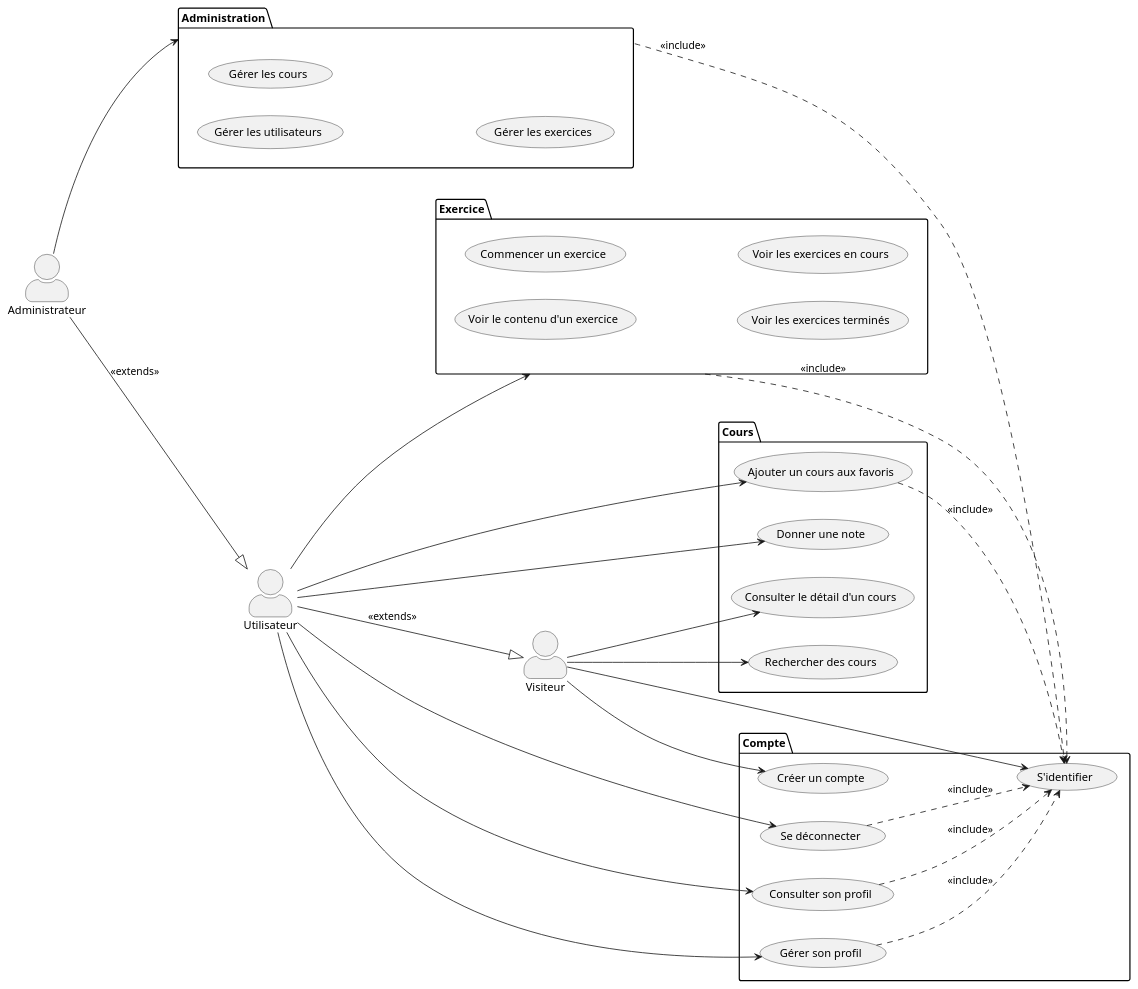
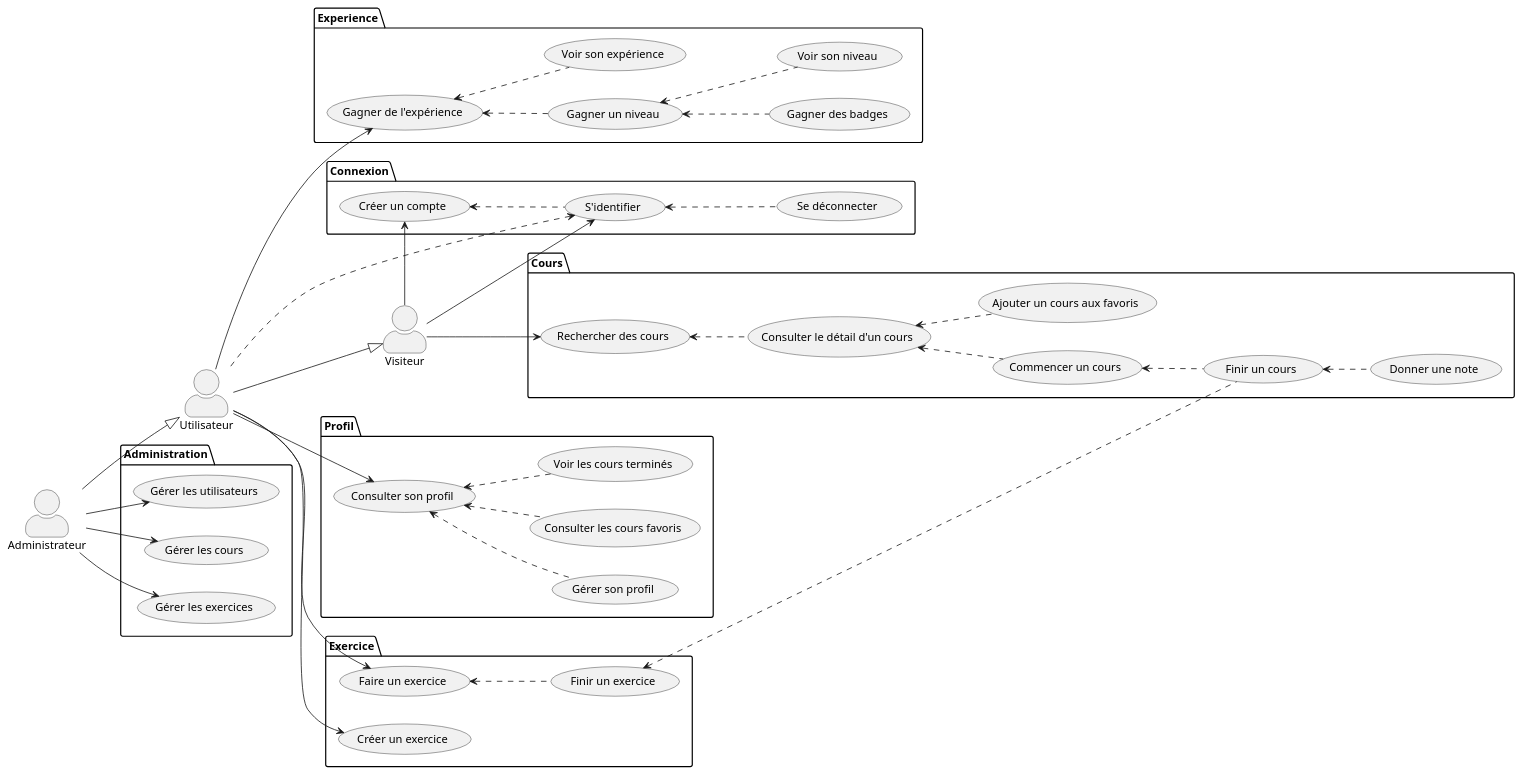
One commit to Inerska/TUT_AUTO_APPRENTISSAGE changed the diagram in doc/usecase.puml. Above: the diagram before and after it, drawn with PlantUML. The commit also changed 1 other file, not shown here.

Commit message:
feat(uml-usecase): Version amélioré du diagramme d'utilisation avec le système d'expérience

```diff
--- a/doc/usecase.puml
+++ b/doc/usecase.puml
@@ -1,67 +1,99 @@
 @startuml
 
 left to right direction
 skinparam actorStyle awesome
 
 :Visiteur: as Guest
 :Utilisateur: as User
 :Administrateur: as Admin
 
-package Compte {
+package Connexion {
     (S'identifier) as Signin
     (Créer un compte) as Signup
     (Se déconnecter) as Signout
+}
+
+package Profil {
     (Consulter son profil) as SeeProfile
     (Gérer son profil) as ManageProfile
+    (Consulter les cours favoris) as SeeFavoriteCourses
+    (Voir les cours terminés) as SeeFinishedCourses
 }
 
 package Cours {
     (Rechercher des cours) as SearchCourses
     (Consulter le détail d'un cours) as SeeCourseContent
+    (Commencer un cours) as StartCourse
     (Ajouter un cours aux favoris) as AddCourseToFavorites
+    (Finir un cours) as FinishCourse
     (Donner une note) as GiveRating
 }
 
 package Exercice {
-    (Voir le contenu d'un exercice) as SeeExerciseContent
-    (Commencer un exercice) as StartExercise
-    (Voir les exercices terminés) as SeeFinishedExercises
-    (Voir les exercices en cours) as SeeCurrentExercises
+    (Faire un exercice) as DoExercise
+    (Créer un exercice) as CreateExercise
+    (Finir un exercice) as FinishExercice
 }
 
 package Administration {
     (Gérer les utilisateurs) as ManageUsers
     (Gérer les cours) as ManageCourses
     (Gérer les exercices) as ManageExercises
 }
 
-Signout ..> Signin : <<include>>
-SeeProfile ..> Signin : <<include>>
-ManageProfile ..> Signin : <<include>>
-AddCourseToFavorites ..> Signin : <<include>>
-Exercice ..> Signin : <<include>>
-Administration ..> Signin : <<include>>
+package Experience {
+    (Gagner de l'expérience) as GainExperience
+    (Gagner un niveau) as GainLevel
+    (Gagner des badges) as GainBadges
+    (Voir son expérience) as SeeExperience
+    (Voir son niveau) as SeeLevel
+}
+
+
+Signin <.. User
+Signup <.. Signin
+Signin <.. Signout
+
+SeeProfile <.. ManageProfile
+SeeProfile <.. SeeFavoriteCourses
+SeeProfile <.. SeeFinishedCourses
+
+SearchCourses <.. SeeCourseContent
+SeeCourseContent <.. AddCourseToFavorites
+SeeCourseContent <.. StartCourse
+StartCourse <.. FinishCourse
+FinishCourse <.. GiveRating
+
+DoExercise <.. FinishExercice
+FinishExercice <.. FinishCourse
+
+GainExperience <.. GainLevel
+GainLevel <.. GainBadges
+GainExperience <.. SeeExperience
+GainLevel <.. SeeLevel
+
 
 
 Guest --> Signin
 Guest --> Signup
 Guest --> SearchCourses
-Guest --> SeeCourseContent
 
 
-User --|> Guest : <<extends>>
-
-User --> Exercice
-User --> SeeProfile
-User --> Signout
-User --> ManageProfile
-User --> AddCourseToFavorites
-User --> GiveRating
+User --|> Guest
 
 
-Admin --|> User : <<extends>>
+User --> SeeProfile
+User --> GainExperience
 
-Admin --> Administration
+User --> CreateExercise
+User --> DoExercise
+
+
+Admin --|> User
+
+Admin --> ManageCourses
+Admin --> ManageExercises
+Admin --> ManageUsers
 
 
 @enduml
```
